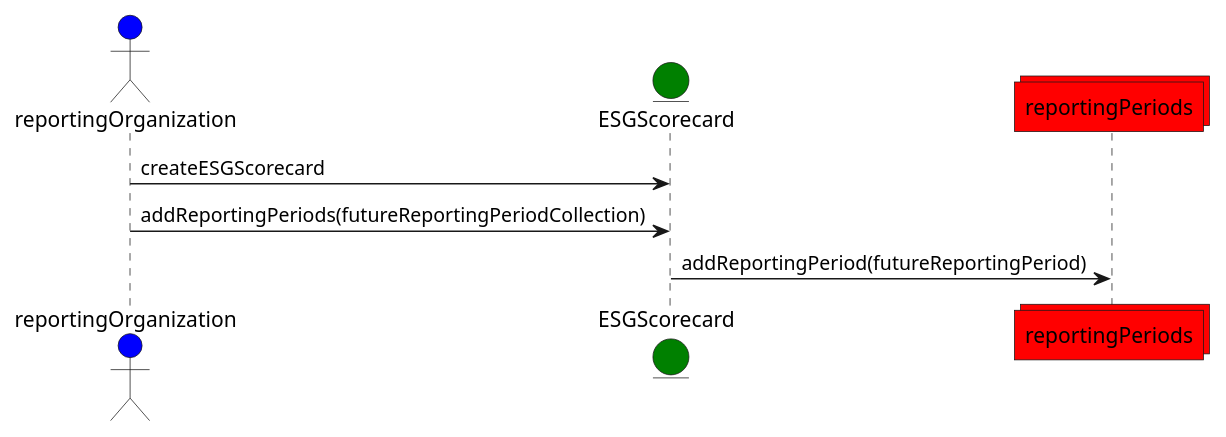
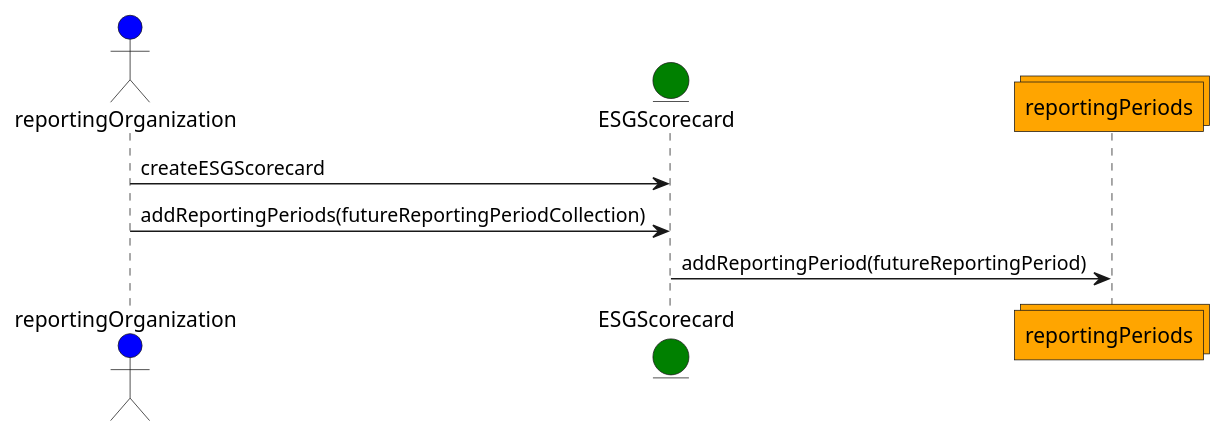
The first of 4 diagrams in vem/emissions/ESG-Scorecard.md (InterWorkAlliance/Sustainability), drawn with PlantUML before and after one commit. The commit also changed other lines of this file and 6 other files, not shown here.

First line of the commit message:
Adding images for PlantUML flows

````diff
--- a/vem/emissions/ESG-Scorecard.md
+++ b/vem/emissions/ESG-Scorecard.md
@@ -57,12 +57,12 @@
 ```plantuml
 @startuml
     actor reportingOrganization #blue
     entity ESGScorecard #green
-    collections reportingPeriods #red
+    collections reportingPeriods #orange
 
     reportingOrganization -> ESGScorecard: createESGScorecard
     reportingOrganization -> ESGScorecard: addReportingPeriods(futureReportingPeriodCollection)
     ESGScorecard -> reportingPeriods: addReportingPeriod(futureReportingPeriod)
 
 @enduml
 ```
````
